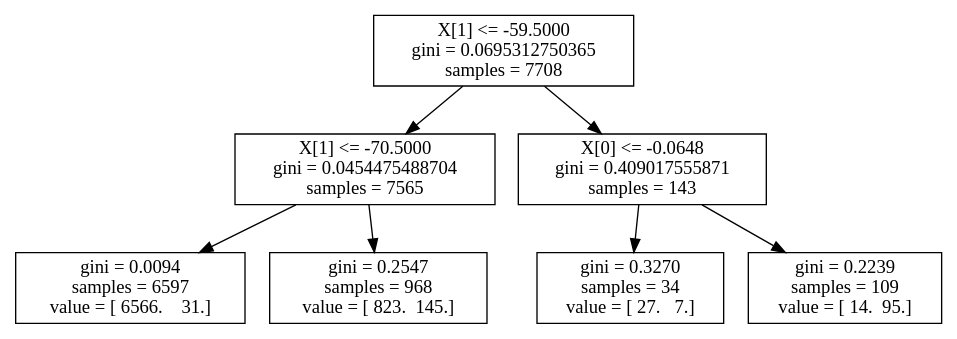
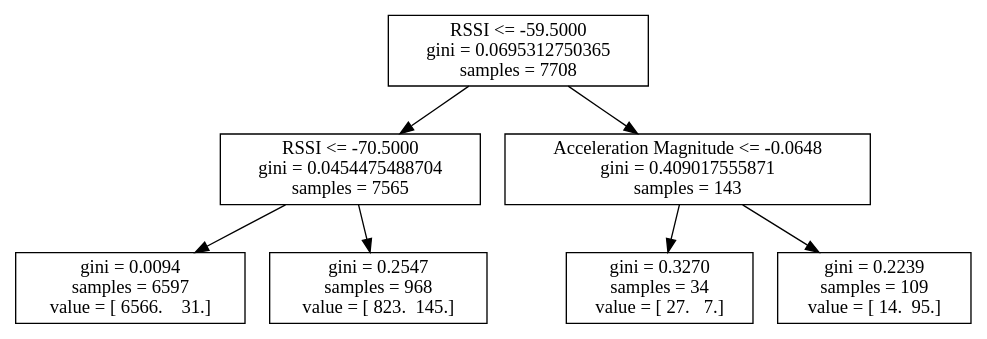
Before and after one commit to atitus5/6s062-Project: the diagram in logs/4_19/log27.dot, drawn with Graphviz. The commit also changed 73 other files, not shown here.

```diff
--- a/logs/4_19/log27.dot
+++ b/logs/4_19/log27.dot
@@ -1,15 +1,15 @@
 digraph Tree {
-0 [label="X[1] <= -59.5000\ngini = 0.0695312750365\nsamples = 7708", shape="box"] ;
-1 [label="X[1] <= -70.5000\ngini = 0.0454475488704\nsamples = 7565", shape="box"] ;
+0 [label="RSSI <= -59.5000\ngini = 0.0695312750365\nsamples = 7708", shape="box"] ;
+1 [label="RSSI <= -70.5000\ngini = 0.0454475488704\nsamples = 7565", shape="box"] ;
 0 -> 1 ;
 2 [label="gini = 0.0094\nsamples = 6597\nvalue = [ 6566.    31.]", shape="box"] ;
 1 -> 2 ;
 3 [label="gini = 0.2547\nsamples = 968\nvalue = [ 823.  145.]", shape="box"] ;
 1 -> 3 ;
-4 [label="X[0] <= -0.0648\ngini = 0.409017555871\nsamples = 143", shape="box"] ;
+4 [label="Acceleration Magnitude <= -0.0648\ngini = 0.409017555871\nsamples = 143", shape="box"] ;
 0 -> 4 ;
 5 [label="gini = 0.3270\nsamples = 34\nvalue = [ 27.   7.]", shape="box"] ;
 4 -> 5 ;
 6 [label="gini = 0.2239\nsamples = 109\nvalue = [ 14.  95.]", shape="box"] ;
 4 -> 6 ;
 }
```
